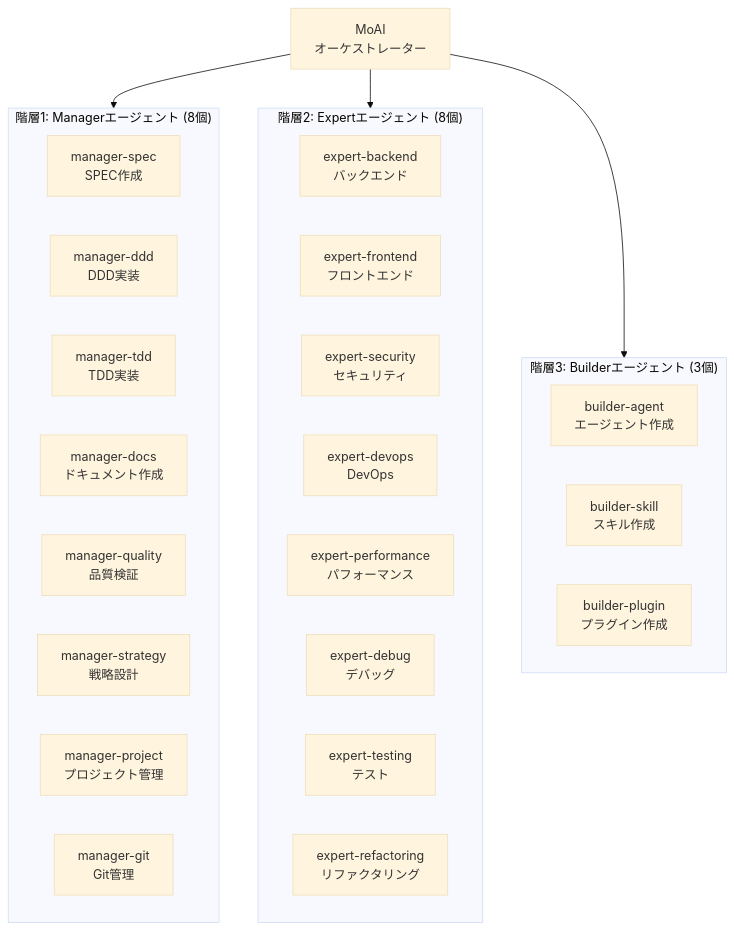
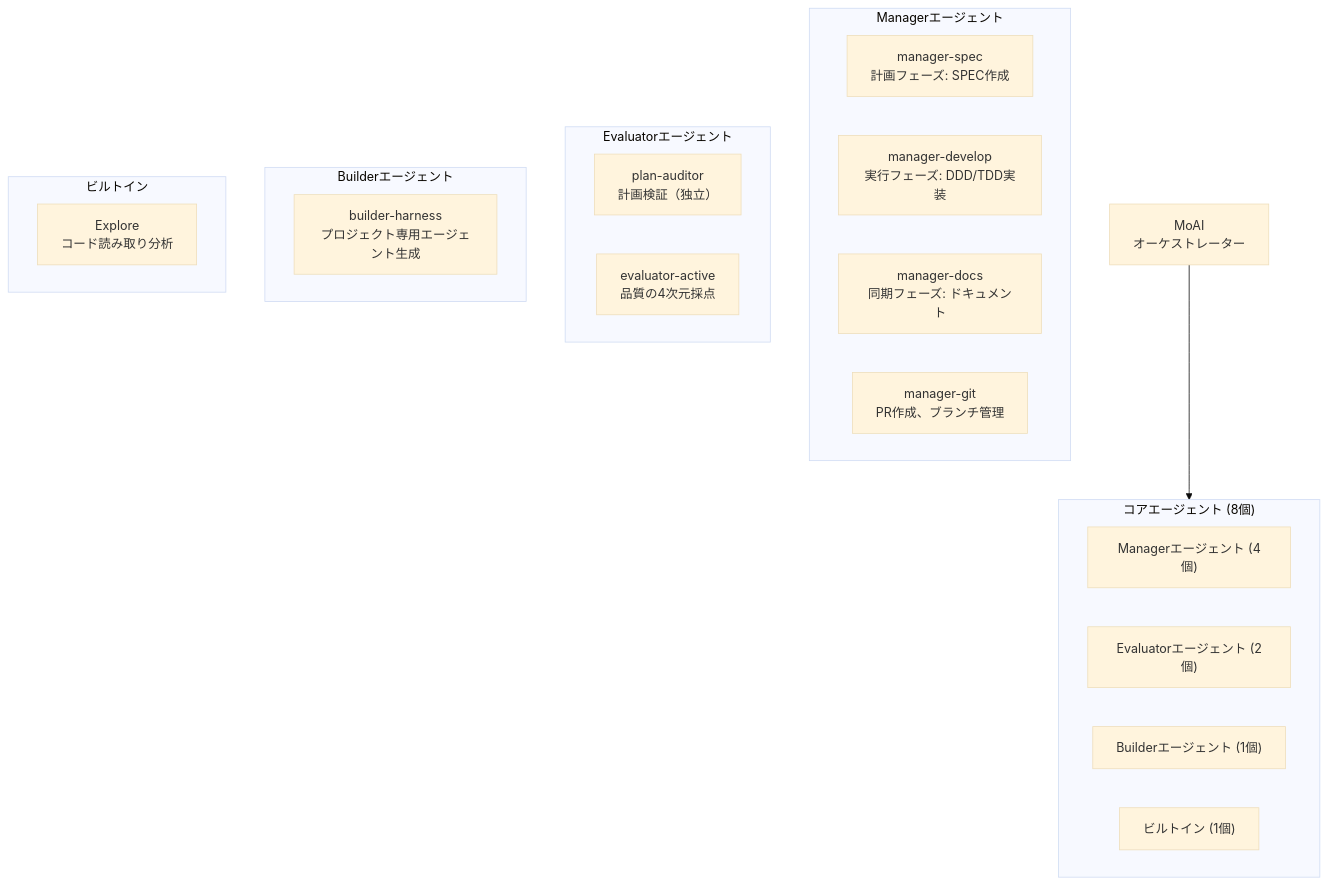
One commit to modu-ai/moai-adk changed the second of 4 diagrams in docs-site/content/ja/advanced/agent-guide.md. Above: the diagram before and after it, drawn with Mermaid (base theme). The commit also changed other lines of this file and 153 other files, not shown here.

````diff
--- a/docs-site/content/ja/advanced/agent-guide.md
+++ b/docs-site/content/ja/advanced/agent-guide.md
@@ -58,36 +59,33 @@
 ```mermaid
 flowchart TD
     MOAI["MoAI<br/>オーケストレーター"]
 
-    subgraph TIER1["階層1: Managerエージェント (8個)"]
-        MS["manager-spec<br/>SPEC作成"]
-        MD["manager-ddd<br/>DDD実装"]
-        MT["manager-tdd<br/>TDD実装"]
-        MDOC["manager-docs<br/>ドキュメント作成"]
-        MQ["manager-quality<br/>品質検証"]
-        MST["manager-strategy<br/>戦略設計"]
-        MP["manager-project<br/>プロジェクト管理"]
-        MG["manager-git<br/>Git管理"]
+    subgraph CORE["コアエージェント (8個)"]
+        MANAGER["Managerエージェント (4個)"]
+        EVAL["Evaluatorエージェント (2個)"]
+        BUILDER["Builderエージェント (1個)"]
+        EXPLORE["ビルトイン (1個)"]
     end
 
-    subgraph TIER2["階層2: Expertエージェント (8個)"]
-        EB["expert-backend<br/>バックエンド"]
-        EF["expert-frontend<br/>フロントエンド"]
-        ES["expert-security<br/>セキュリティ"]
-        ED["expert-devops<br/>DevOps"]
-        EP["expert-performance<br/>パフォーマンス"]
-        EDB["expert-debug<br/>デバッグ"]
-        ET["expert-testing<br/>テスト"]
-        ER["expert-refactoring<br/>リファクタリング"]
+    subgraph MANAGERAGENTS["Managerエージェント"]
+        MS["manager-spec<br/>計画フェーズ: SPEC作成"]
+        MD["manager-develop<br/>実行フェーズ: DDD/TDD実装"]
+        MDOC["manager-docs<br/>同期フェーズ: ドキュメント"]
+        MG["manager-git<br/>PR作成、ブランチ管理"]
     end
 
-    subgraph TIER3["階層3: Builderエージェント (3個)"]
-        BA["builder-agent<br/>エージェント作成"]
-        BS["builder-skill<br/>スキル作成"]
-        BP["builder-plugin<br/>プラグイン作成"]
+    subgraph EVALS["Evaluatorエージェント"]
+        PA["plan-auditor<br/>計画検証（独立）"]
+        EA["evaluator-active<br/>品質の4次元採点"]
     end
 
-    MOAI --> TIER1
-    MOAI --> TIER2
-    MOAI --> TIER3
+    subgraph BUILDERS["Builderエージェント"]
+        BH["builder-harness<br/>プロジェクト専用エージェント生成"]
+    end
+
+    subgraph BUILTINS["ビルトイン"]
+        EXP["Explore<br/>コード読み取り分析"]
+    end
+
+    MOAI --> CORE
 ```
````
